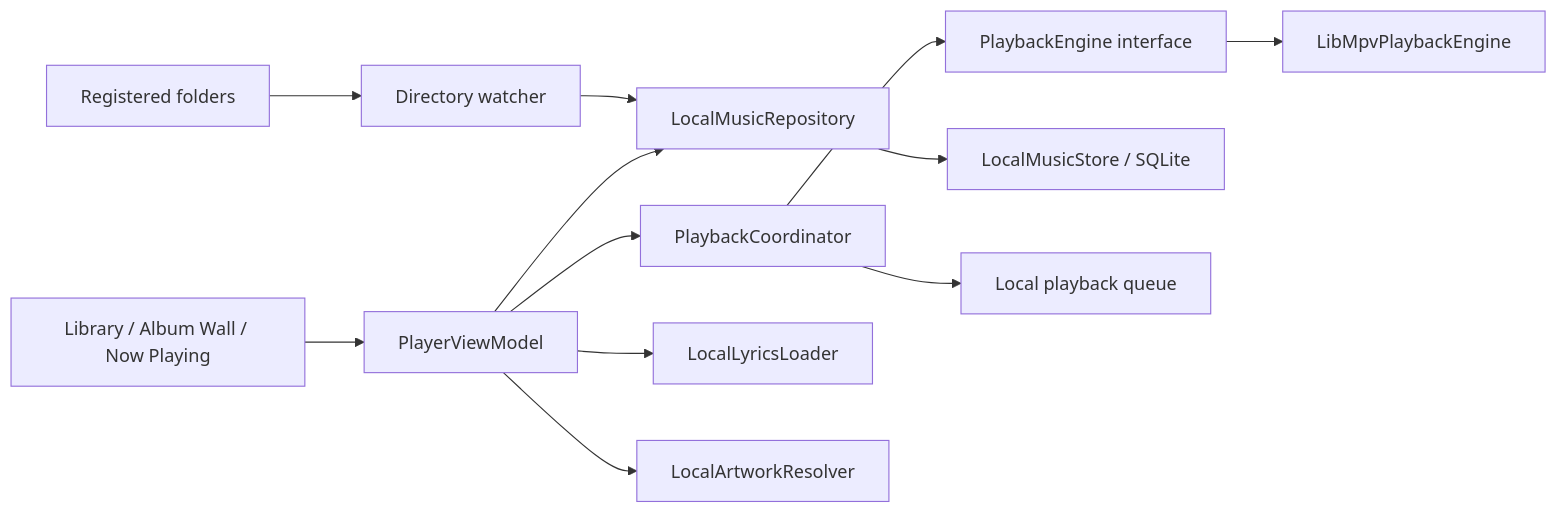
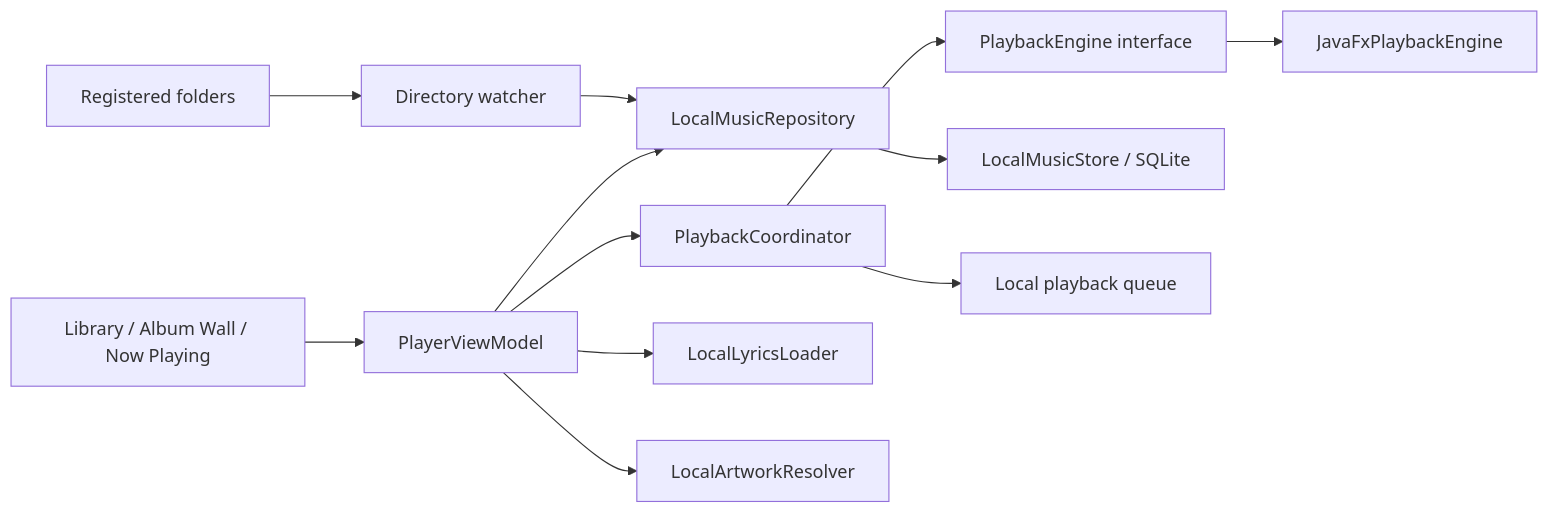
One commit to ChangfengluoO71/desktop-music-candidate changed the diagram in docs/PLAYER-P1.md. Above: the diagram before and after it, drawn with Mermaid. The commit also changed other lines of this file and 21 other files, not shown here.

Commit message:
Add DMC local playback UI and JavaFX engine

````diff
--- a/docs/PLAYER-P1.md
+++ b/docs/PLAYER-P1.md
@@ -31,14 +49,14 @@
 ```mermaid
 flowchart LR
   UI[Library / Album Wall / Now Playing] --> VM[PlayerViewModel]
   VM --> PC[PlaybackCoordinator]
   PC --> PE[PlaybackEngine interface]
-  PE --> MPV[LibMpvPlaybackEngine]
+  PE --> FX[JavaFxPlaybackEngine]
   VM --> LIB[LocalMusicRepository]
   LIB --> DB[LocalMusicStore / SQLite]
   PC --> Q[Local playback queue]
   VM --> LY[LocalLyricsLoader]
   VM --> ART[LocalArtworkResolver]
   ROOTS[Registered folders] --> WATCH[Directory watcher]
   WATCH --> LIB
 ```
````
